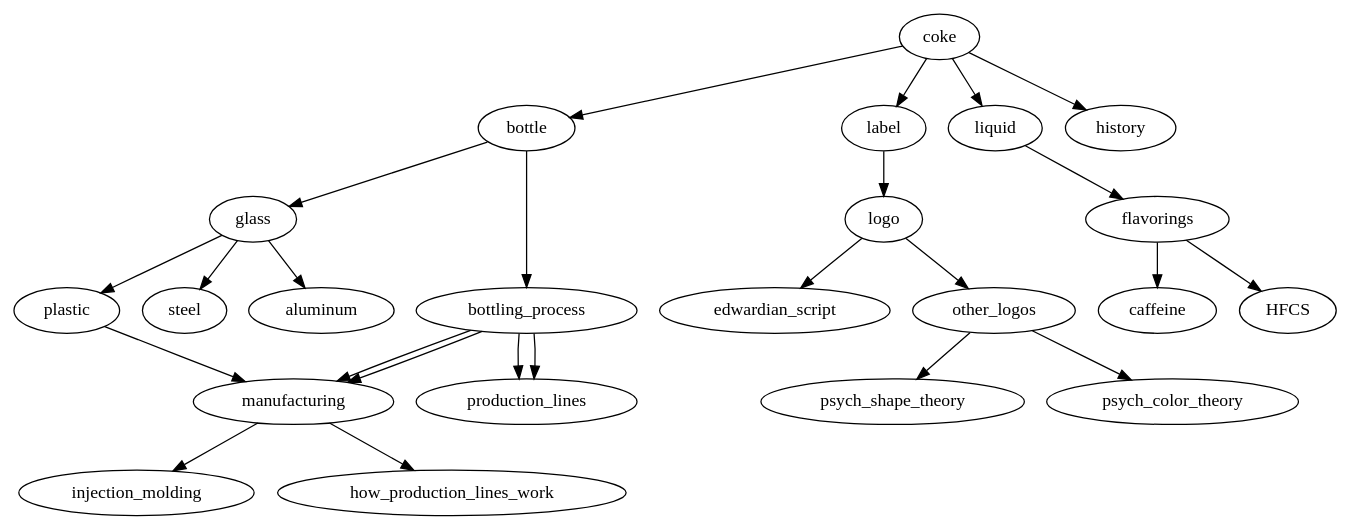
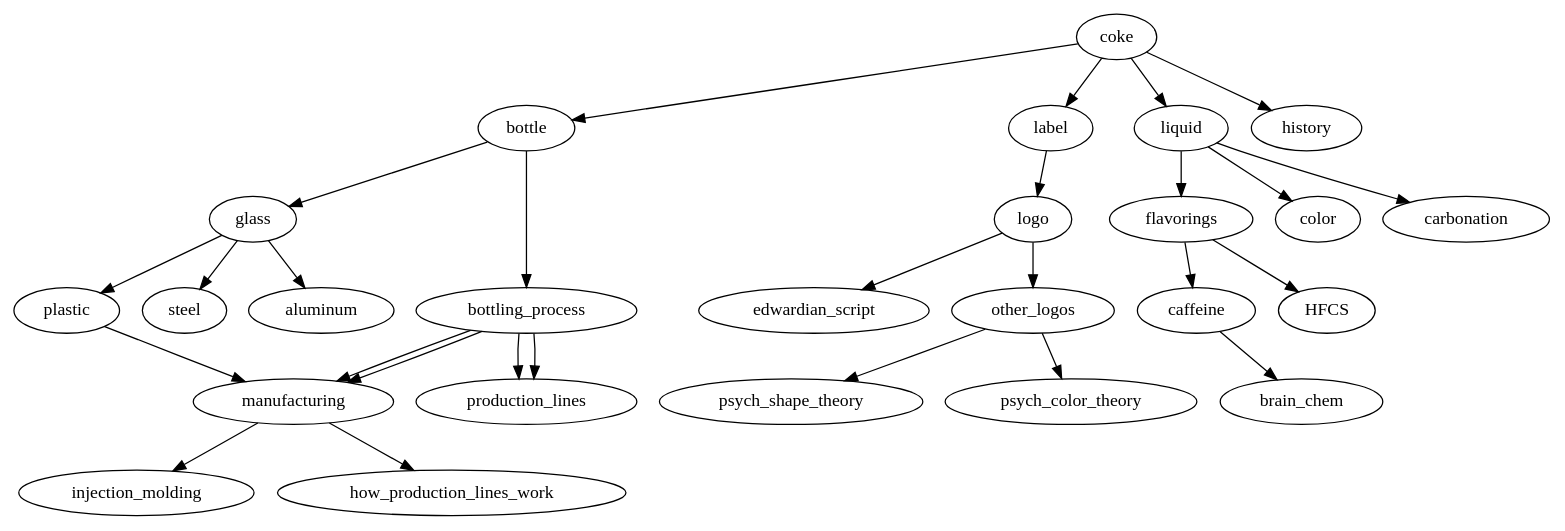
One commit to vinitlee/ufiles changed the diagram in scienceofeverything.dot. Above: the diagram before and after it, drawn with Graphviz. The commit also changed 1 other file, not shown here.

```diff
--- a/scienceofeverything.dot
+++ b/scienceofeverything.dot
@@ -1,35 +1,40 @@
 digraph coke {
     coke -> bottle
     coke -> label
     coke -> liquid
     coke -> history
+    
     bottle -> glass
     bottle -> bottling_process
 
     bottling_process -> production_lines
     bottling_process -> manufacturing
 
     glass -> plastic
     glass -> steel
     glass -> aluminum
 
     plastic -> manufacturing -> injection_molding
 
     bottling_process -> production_lines
     bottling_process -> manufacturing
 
     manufacturing -> how_production_lines_work
 
     label -> logo
 
     logo -> edwardian_script
     logo -> other_logos
 
     other_logos -> psych_shape_theory
     other_logos -> psych_color_theory
 
     liquid -> flavorings
+    liquid -> color
+    liquid -> carbonation
 
     flavorings -> caffeine
     flavorings -> HFCS
+
+    caffeine -> brain_chem
 }
```
